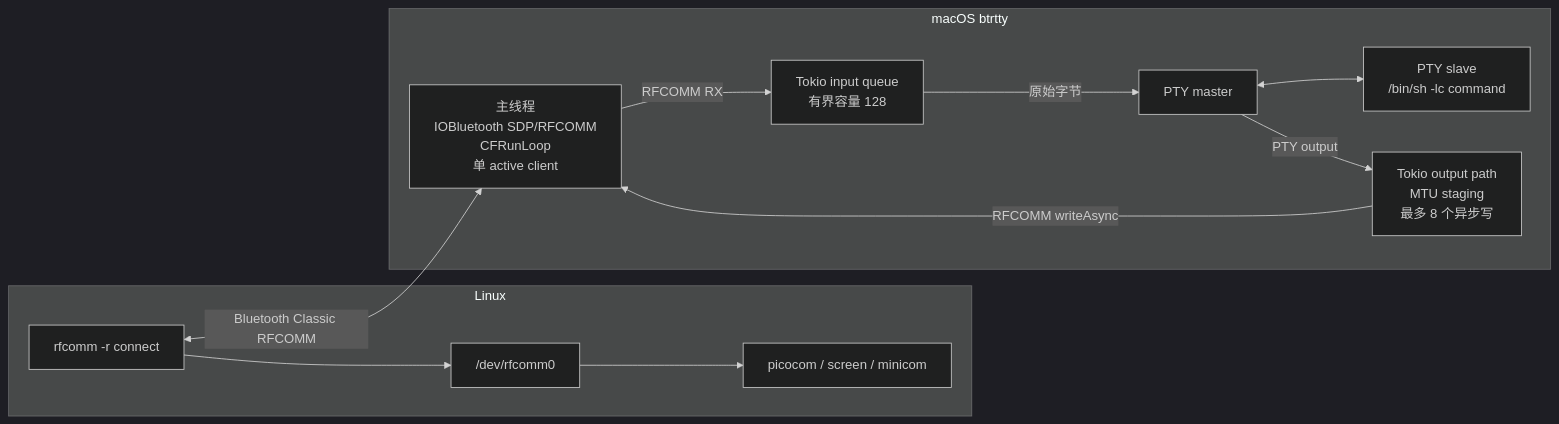
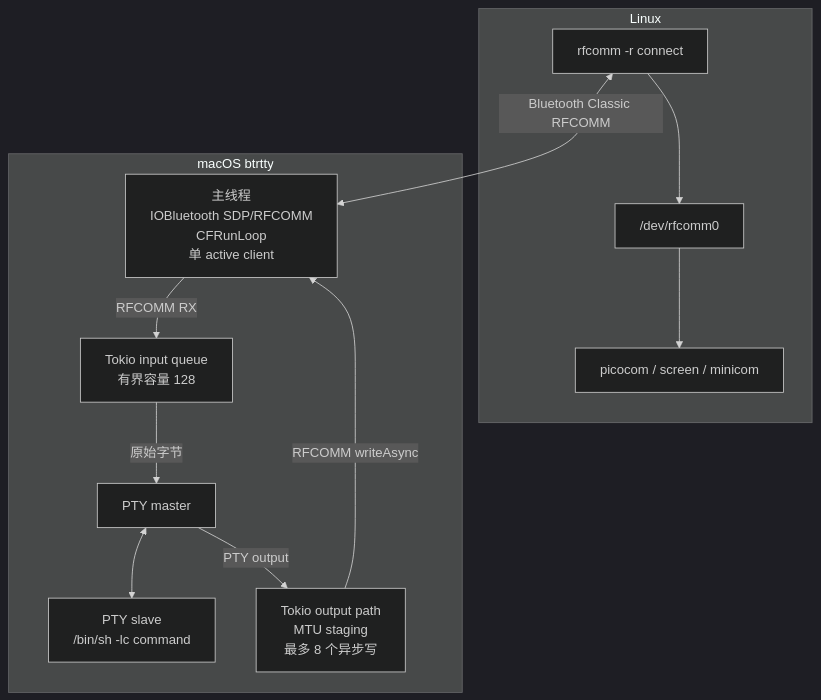
One commit to abadcafe/btrtty changed the diagram in README.md. Above: the diagram before and after it, drawn with Mermaid (dark theme).

Commit message:
Render architecture diagram top-down

````diff
--- a/README.md
+++ b/README.md
@@ -11,21 +11,21 @@
 ```mermaid
-flowchart LR
+flowchart TD
     subgraph Linux[Linux]
         C["rfcomm -r connect"] --> T["/dev/rfcomm0"]
         T --> U["picocom / screen / minicom"]
     end
 
     subgraph Mac["macOS btrtty"]
         B["主线程<br/>IOBluetooth SDP/RFCOMM<br/>CFRunLoop<br/>单 active client"]
         I["Tokio input queue<br/>有界容量 128"]
         P["PTY master"]
         S["PTY slave<br/>/bin/sh -lc command"]
         O["Tokio output path<br/>MTU staging<br/>最多 8 个异步写"]
 
         B -->|RFCOMM RX| I -->|原始字节| P
         P <--> S
         P -->|PTY output| O -->|RFCOMM writeAsync| B
     end
 
     C <-->|Bluetooth Classic RFCOMM| B
 ```
````
